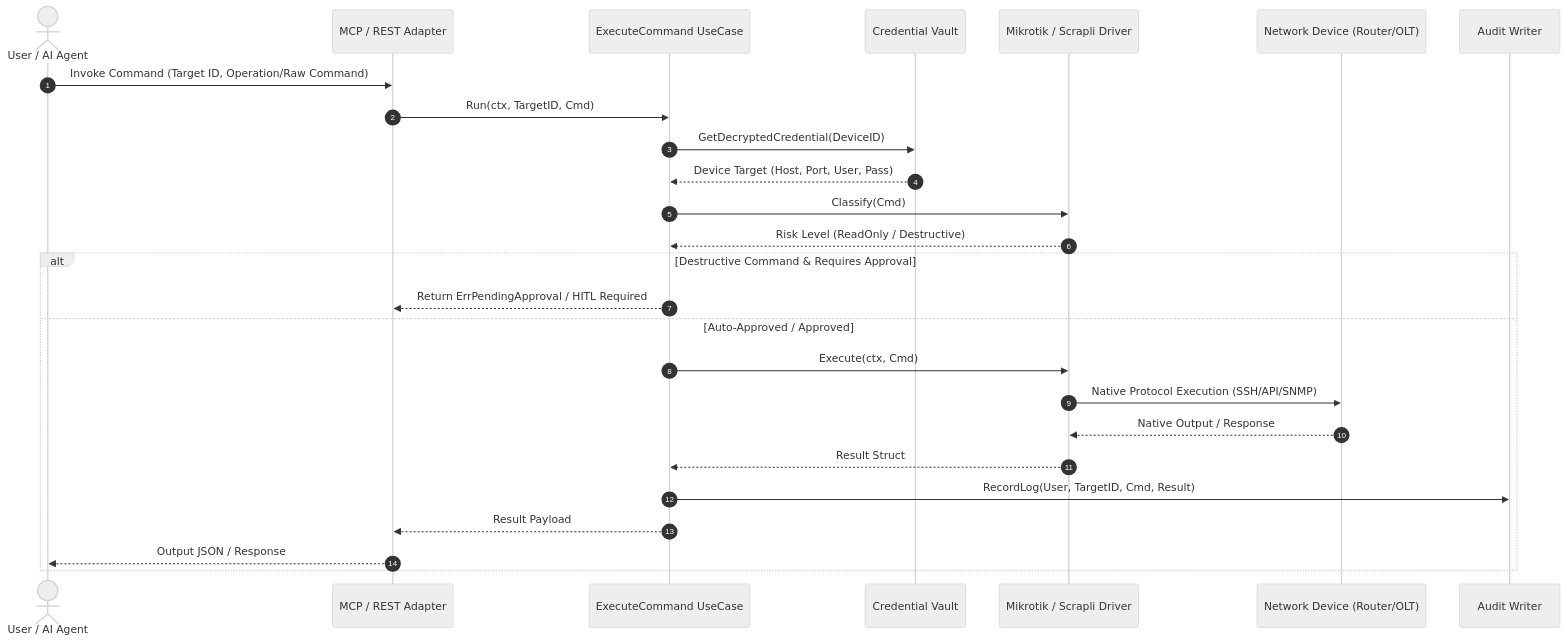
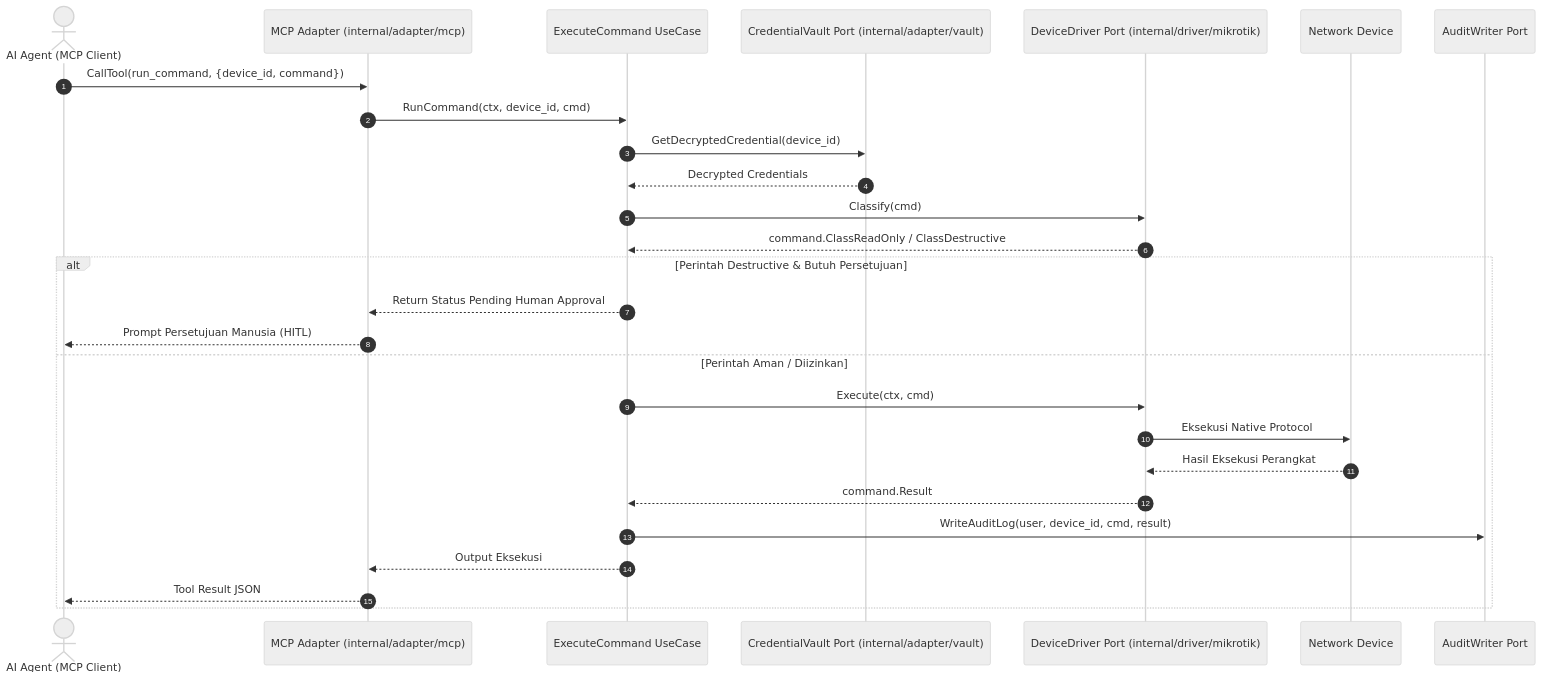
One commit to quiqxiq/polyglot changed the third of 3 diagrams in SYSTEM-STRUCTURE-AND-ARCHITECTURE.md. Above: the diagram before and after it, drawn with Mermaid (neutral theme). The commit also changed other lines of this file, not shown here.

First line of the commit message:
docs: update SYSTEM-STRUCTURE-AND-ARCHITECTURE.md to reflect current Clean Architecture and ConnectRPC design

````diff
--- a/SYSTEM-STRUCTURE-AND-ARCHITECTURE.md
+++ b/SYSTEM-STRUCTURE-AND-ARCHITECTURE.md
@@ -292,29 +455,30 @@
 ```mermaid
 sequenceDiagram
     autonumber
-    actor User as User / AI Agent
-    participant Adapter as MCP / REST Adapter
-    participant UseCase as ExecuteCommand UseCase
-    participant Vault as Credential Vault
-    participant Driver as Mikrotik / Scrapli Driver
-    participant Hardware as Network Device (Router/OLT)
-    participant Audit as Audit Writer
+    actor AI as AI Agent (MCP Client)
+    participant MCP as MCP Adapter (internal/adapter/mcp)
+    participant UC as ExecuteCommand UseCase
+    participant Vault as CredentialVault Port (internal/adapter/vault)
+    participant Driver as DeviceDriver Port (internal/driver/mikrotik)
+    participant Router as Network Device
+    participant Audit as AuditWriter Port
 
-    User->>Adapter: Invoke Command (Target ID, Operation/Raw Command)
-    Adapter->>UseCase: Run(ctx, TargetID, Cmd)
-    UseCase->>Vault: GetDecryptedCredential(DeviceID)
-    Vault-->>UseCase: Device Target (Host, Port, User, Pass)
-    UseCase->>Driver: Classify(Cmd)
-    Driver-->>UseCase: Risk Level (ReadOnly / Destructive)
-    alt Destructive Command & Requires Approval
-        UseCase-->>Adapter: Return ErrPendingApproval / HITL Required
-    else Auto-Approved / Approved
-        UseCase->>Driver: Execute(ctx, Cmd)
-        Driver->>Hardware: Native Protocol Execution (SSH/API/SNMP)
-        Hardware-->>Driver: Native Output / Response
-        Driver-->>UseCase: Result Struct
-        UseCase->>Audit: RecordLog(User, TargetID, Cmd, Result)
-        UseCase-->>Adapter: Result Payload
-        Adapter-->>User: Output JSON / Response
+    AI->>MCP: CallTool(run_command, {device_id, command})
+    MCP->>UC: RunCommand(ctx, device_id, cmd)
+    UC->>Vault: GetDecryptedCredential(device_id)
+    Vault-->>UC: Decrypted Credentials
+    UC->>Driver: Classify(cmd)
+    Driver-->>UC: command.ClassReadOnly / ClassDestructive
+    alt Perintah Destructive & Butuh Persetujuan
+        UC-->>MCP: Return Status Pending Human Approval
+        MCP-->>AI: Prompt Persetujuan Manusia (HITL)
+    else Perintah Aman / Diizinkan
+        UC->>Driver: Execute(ctx, cmd)
+        Driver->>Router: Eksekusi Native Protocol
+        Router-->>Driver: Hasil Eksekusi Perangkat
+        Driver-->>UC: command.Result
+        UC->>Audit: WriteAuditLog(user, device_id, cmd, result)
+        UC-->>MCP: Output Eksekusi
+        MCP-->>AI: Tool Result JSON
     end
 ```
````
